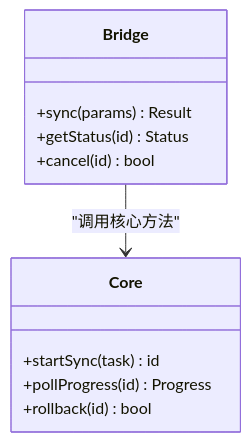
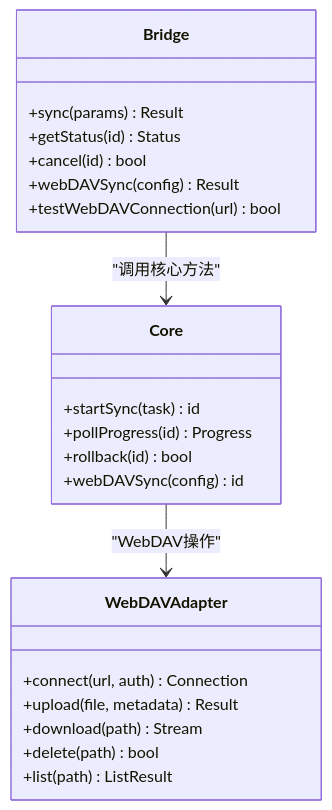
The tenth of 11 diagrams in .qoder/repowiki/zh/content/架构设计/分层架构设计/数据访问层/数据同步机制.md (ZhangGHGitHub/LegadoTeamFlutter), drawn with Mermaid before and after one commit. The commit also changed other lines of this file and 66 other files, not shown here.

````diff
--- a/.qoder/repowiki/zh/content/架构设计/分层架构设计/数据访问层/数据同步机制.md
+++ b/.qoder/repowiki/zh/content/架构设计/分层架构设计/数据访问层/数据同步机制.md
@@ -394,14 +500,25 @@
 ```mermaid
 classDiagram
 class Bridge {
 +sync(params) Result
 +getStatus(id) Status
 +cancel(id) bool
++webDAVSync(config) Result
++testWebDAVConnection(url) bool
 }
 class Core {
 +startSync(task) id
 +pollProgress(id) Progress
 +rollback(id) bool
++webDAVSync(config) id
+}
+class WebDAVAdapter {
++connect(url, auth) Connection
++upload(file, metadata) Result
++download(path) Stream
++delete(path) bool
++list(path) ListResult
 }
 Bridge --> Core : "调用核心方法"
+Core --> WebDAVAdapter : "WebDAV操作"
 ```
````
